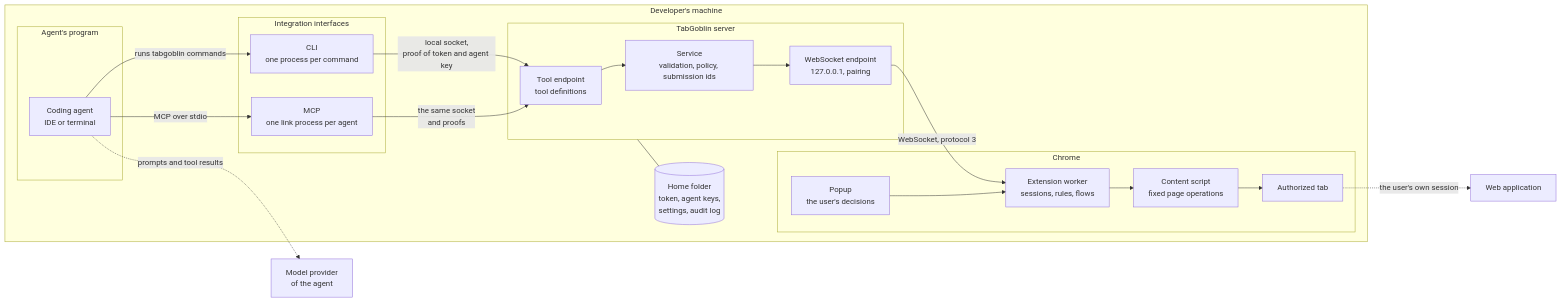
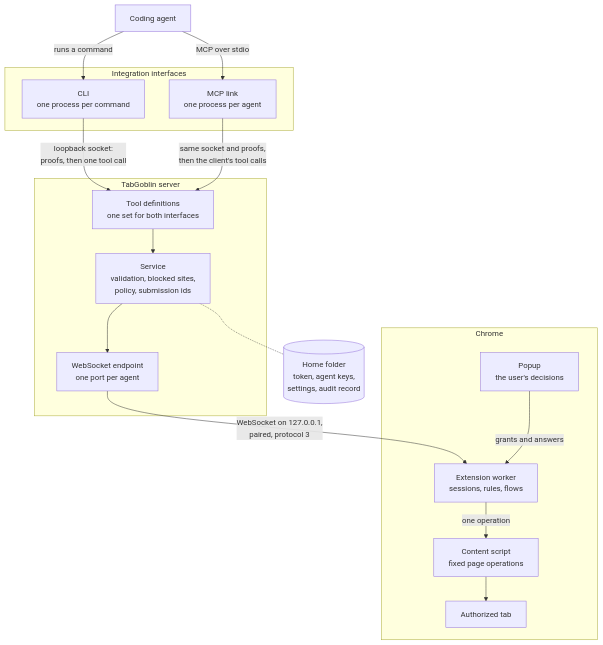
One commit to LaughingManCommits/TabGoblin changed the first of 7 diagrams in docs/architecture.md. Above: the diagram before and after it, drawn with Mermaid. The commit also changed other lines of this file and 7 other files, not shown here.

First line of the commit message:
The diagrams redrawn: one concept each, the same names, CLI and MCP side by side

````diff
--- a/docs/architecture.md
+++ b/docs/architecture.md
@@ -17,38 +17,31 @@
 ```mermaid
-flowchart LR
-  subgraph local["Developer's machine"]
-    subgraph agentp["Agent's program"]
-      AGENT["Coding agent<br/>IDE or terminal"]
-    end
-    subgraph ifs["Integration interfaces"]
-      CMD["CLI<br/>one process per command"]
-      LINK["MCP<br/>one link process per agent"]
-    end
-    subgraph serverp["TabGoblin server"]
-      MCP["Tool endpoint<br/>tool definitions"]
-      SVC["Service<br/>validation, policy, submission ids"]
-      WS["WebSocket endpoint<br/>127.0.0.1, pairing"]
-    end
-    subgraph chrome["Chrome"]
-      BG["Extension worker<br/>sessions, rules, flows"]
-      POPUP["Popup<br/>the user's decisions"]
-      CS["Content script<br/>fixed page operations"]
-      TAB["Authorized tab"]
-    end
-    FILES[("Home folder<br/>token, agent keys,<br/>settings, audit log")]
+flowchart TB
+  AGENT["Coding agent"]
+  subgraph ifs["Integration interfaces"]
+    CLI["CLI<br/>one process per command"]
+    LINK["MCP link<br/>one process per agent"]
   end
-  MODEL["Model provider<br/>of the agent"]
-  SITE["Web application"]
+  subgraph serverp["TabGoblin server"]
+    TOOLS["Tool definitions<br/>one set for both interfaces"]
+    SVC["Service<br/>validation, blocked sites,<br/>policy, submission ids"]
+    WS["WebSocket endpoint<br/>one port per agent"]
+  end
+  subgraph chrome["Chrome"]
+    POPUP["Popup<br/>the user's decisions"]
+    BG["Extension worker<br/>sessions, rules, flows"]
+    CS["Content script<br/>fixed page operations"]
+    TAB["Authorized tab"]
+  end
+  FILES[("Home folder<br/>token, agent keys,<br/>settings, audit record")]
 
-  AGENT -- "runs tabgoblin commands" --> CMD
+  AGENT -- "runs a command" --> CLI
   AGENT -- "MCP over stdio" --> LINK
-  CMD -- "local socket,<br/>proof of token and agent key" --> MCP
-  LINK -- "the same socket<br/>and proofs" --> MCP
-  MCP --> SVC --> WS
-  WS -- "WebSocket, protocol 3" --> BG
-  POPUP --> BG
-  BG --> CS --> TAB
-  serverp --- FILES
-  AGENT -. "prompts and tool results" .-> MODEL
-  TAB -. "the user's own session" .-> SITE
+  CLI -- "loopback socket:<br/>proofs, then one tool call" --> TOOLS
+  LINK -- "same socket and proofs,<br/>then the client's tool calls" --> TOOLS
+  TOOLS --> SVC --> WS
+  WS -- "WebSocket on 127.0.0.1,<br/>paired, protocol 3" --> BG
+  POPUP -- "grants and answers" --> BG
+  BG -- "one operation" --> CS
+  CS --> TAB
+  SVC -.- FILES
 ```
````
